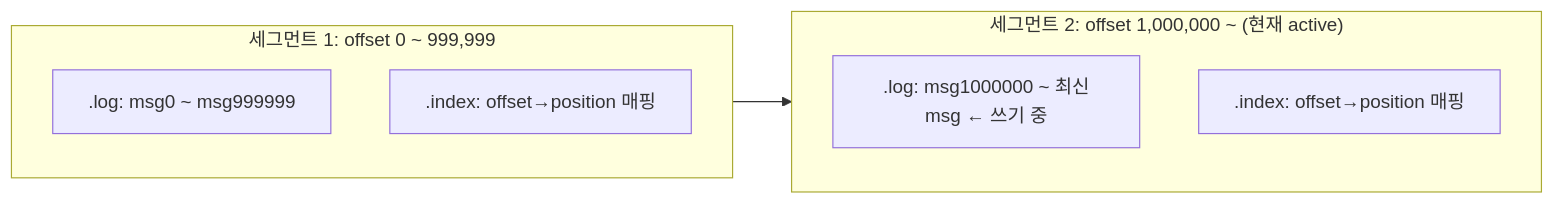
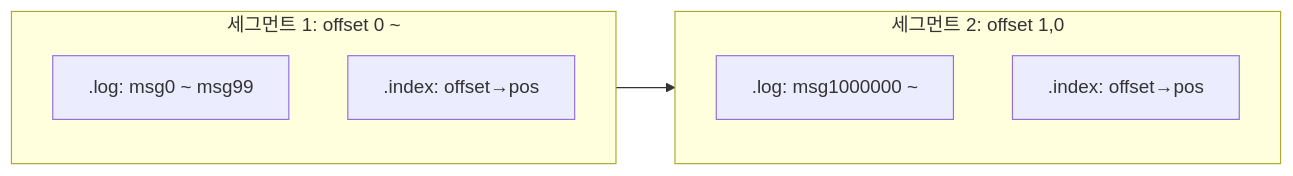
Before and after one commit to yjkim2015/yjkim2015.github.io: the tenth of 17 diagrams in _posts/kafka/2026-05-01-kafka-fundamentals.md, drawn with Mermaid. The commit also changed other lines of this file and 271 other files, not shown here.

First line of the commit message:
Mermaid 라벨 축소: 긴 노드 텍스트 18자 이하로 트림 + \n 제거

````diff
--- a/_posts/kafka/2026-05-01-kafka-fundamentals.md
+++ b/_posts/kafka/2026-05-01-kafka-fundamentals.md
@@ -374,12 +374,12 @@
 ```mermaid
 graph LR
-    subgraph seg1["세그먼트 1: offset 0 ~ 999,999"]
-        S1LOG[".log: msg0 ~ msg999999"]
-        S1IDX[".index: offset→position 매핑"]
+    subgraph seg1["세그먼트 1: offset 0 ~"]
+        S1LOG[".log: msg0 ~ msg99"]
+        S1IDX[".index: offset→pos"]
     end
-    subgraph seg2["세그먼트 2: offset 1,000,000 ~ (현재 active)"]
-        S2LOG[".log: msg1000000 ~ 최신msg ← 쓰기 중"]
-        S2IDX[".index: offset→position 매핑"]
+    subgraph seg2["세그먼트 2: offset 1,0"]
+        S2LOG[".log: msg1000000 ~"]
+        S2IDX[".index: offset→pos"]
     end
     seg1 --> seg2
 ```
````
